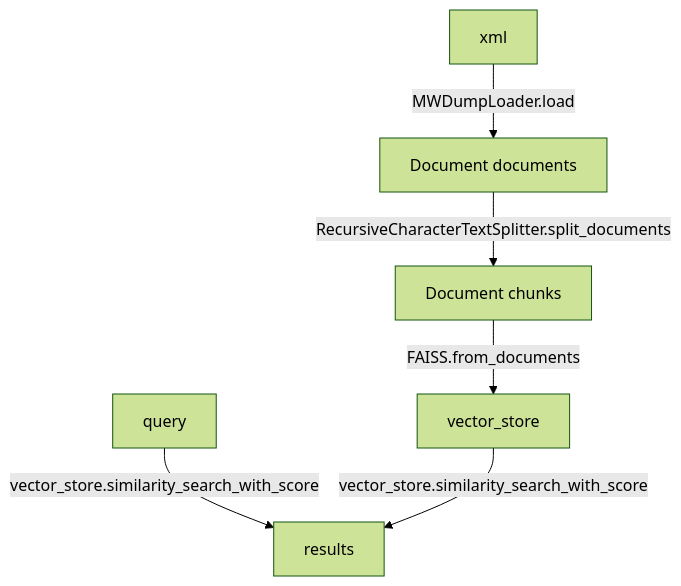
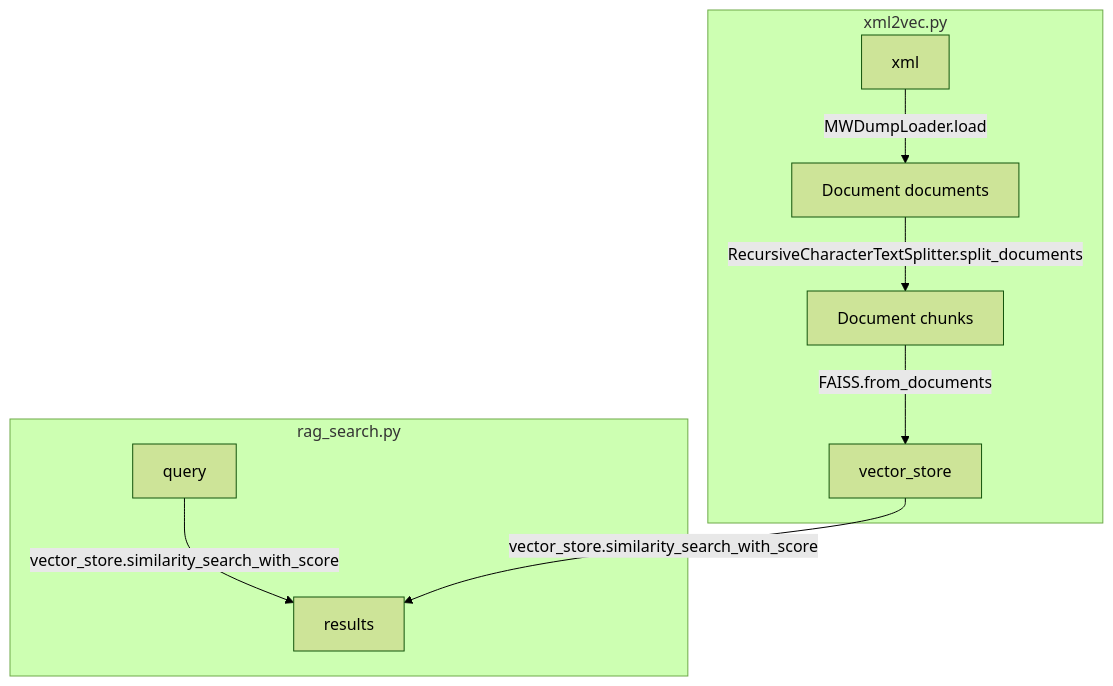
Before and after one commit to koteitan/googolbook-lm: the diagram in tools/rag/README.md, drawn with Mermaid (forest theme). The commit also changed other lines of this file and 2 other files, not shown here.

First line of the commit message:
Implement RAG system with separated vector store creation

````diff
--- a/tools/rag/README.md
+++ b/tools/rag/README.md
@@ -7,9 +7,13 @@
 ```mermaid
 graph TD
-    A[xml] -->|MWDumpLoader.load| B[Document documents]
-    B -->|RecursiveCharacterTextSplitter.split_documents| C[Document chunks]
-    C -->|FAISS.from_documents| D[vector_store]
+    subgraph xml2vec["xml2vec.py"]
+        A[xml] -->|MWDumpLoader.load| B[Document documents]
+        B -->|RecursiveCharacterTextSplitter.split_documents| C[Document chunks]
+        C -->|FAISS.from_documents| D[vector_store]
+    end
     
-    E[query] -->|vector_store.similarity_search_with_score| F[results]
-    D -->|vector_store.similarity_search_with_score| F
+    subgraph rag_search["rag_search.py"]
+        E[query] -->|vector_store.similarity_search_with_score| F[results]
+        D -->|vector_store.similarity_search_with_score| F
+    end
 ```
````
